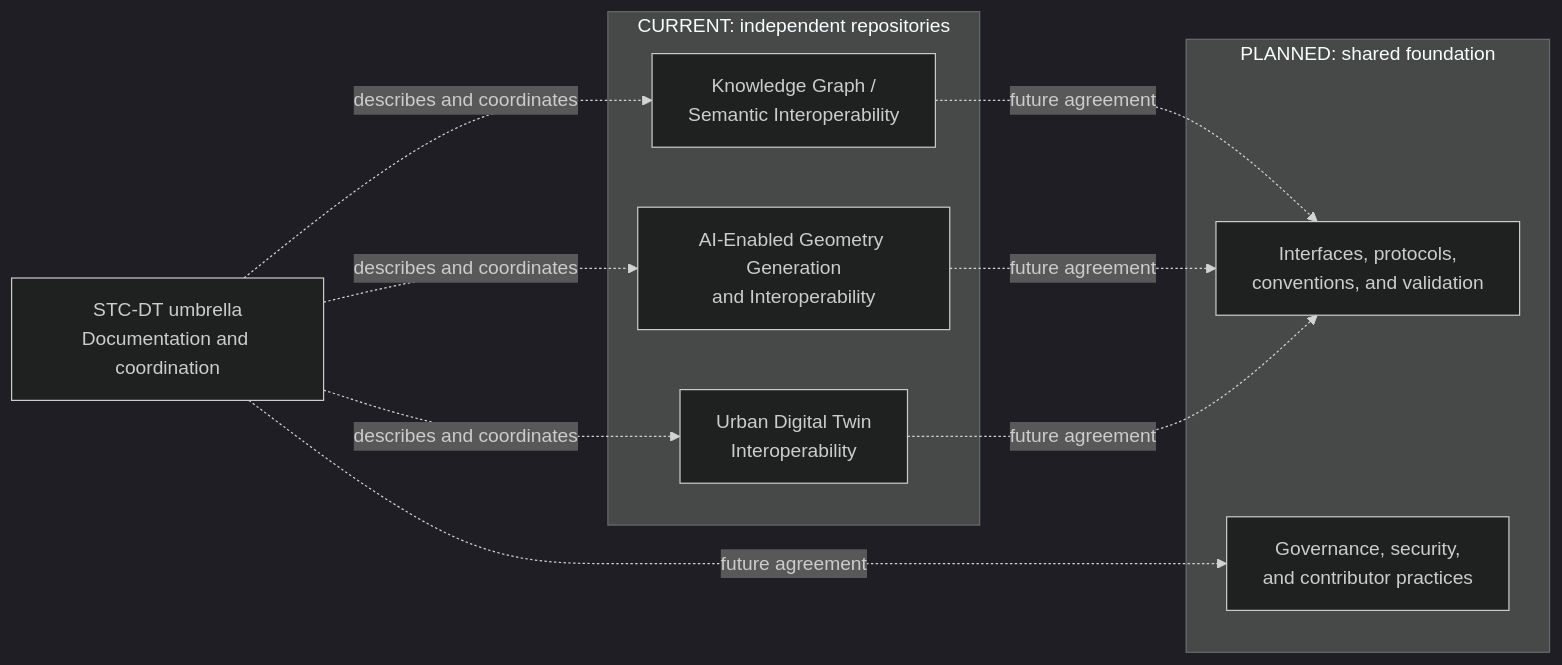
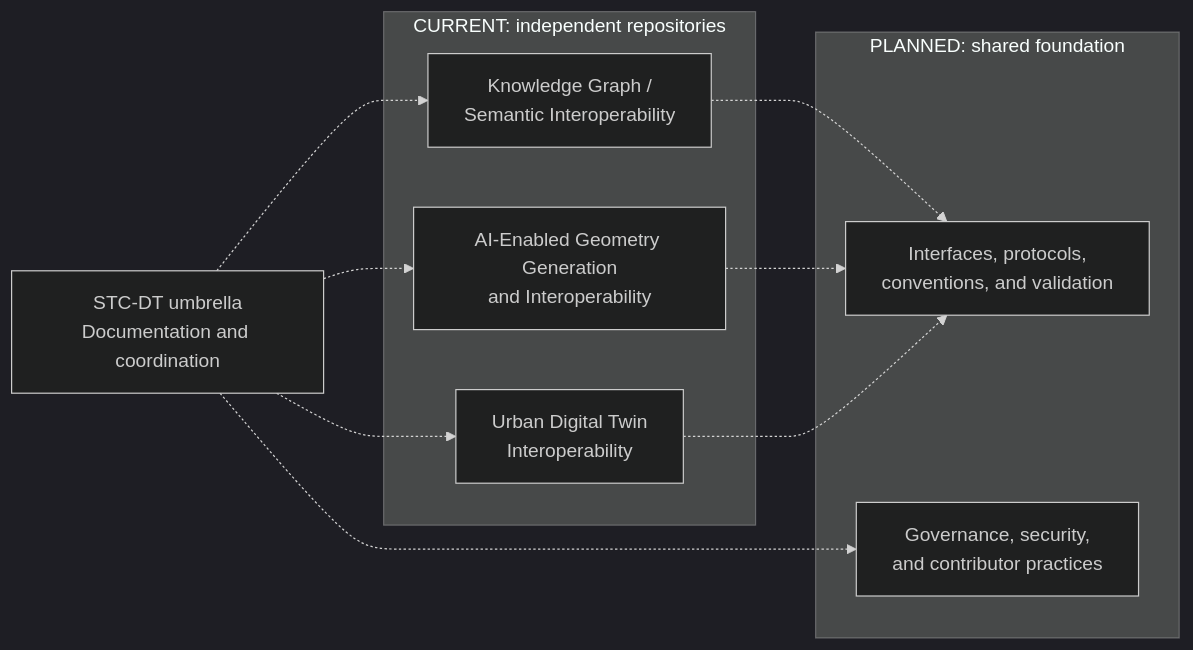
Before and after one commit to vijaybkhot/STC-DT: the diagram in docs/architecture.md, drawn with Mermaid (dark theme). The commit also changed other lines of this file and 1 other file, not shown here.

Commit message:
docs: fix Mermaid architecture rendering

````diff
--- a/docs/architecture.md
+++ b/docs/architecture.md
@@ -15,23 +15,25 @@
 ```mermaid
 flowchart LR
     subgraph Current["CURRENT: independent repositories"]
-        KG[Knowledge Graph /<br/>Semantic Interoperability]
-        GEO[AI-Enabled Geometry Generation<br/>and Interoperability]
-        UDT[Urban Digital Twin<br/>Interoperability]
+        KG["Knowledge Graph /<br>Semantic Interoperability"]
+        GEO["AI-Enabled Geometry Generation<br>and Interoperability"]
+        UDT["Urban Digital Twin<br>Interoperability"]
     end
 
-    UMB[STC-DT umbrella<br/>Documentation and coordination]
+    UMB["STC-DT umbrella<br>Documentation and coordination"]
 
     subgraph Planned["PLANNED: shared foundation"]
-        FOUNDATION[Interfaces, protocols,<br/>conventions, and validation]
-        GOVERNANCE[Governance, security,<br/>and contributor practices]
+        FOUNDATION["Interfaces, protocols,<br>conventions, and validation"]
+        GOVERNANCE["Governance, security,<br>and contributor practices"]
     end
 
-    UMB -. describes and coordinates .-> KG
-    UMB -. describes and coordinates .-> GEO
-    UMB -. describes and coordinates .-> UDT
-    KG -. future agreement .-> FOUNDATION
-    GEO -. future agreement .-> FOUNDATION
-    UDT -. future agreement .-> FOUNDATION
-    UMB -. future agreement .-> GOVERNANCE
+    UMB -.-> KG
+    UMB -.-> GEO
+    UMB -.-> UDT
+
+    KG -.-> FOUNDATION
+    GEO -.-> FOUNDATION
+    UDT -.-> FOUNDATION
+
+    UMB -.-> GOVERNANCE
 ```
````
